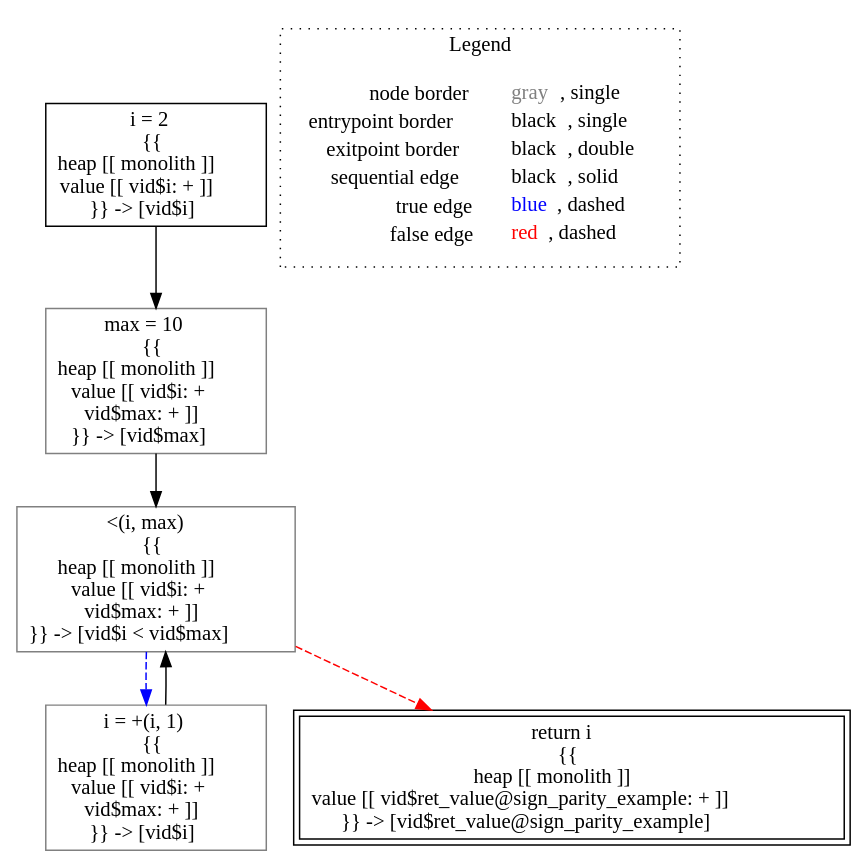
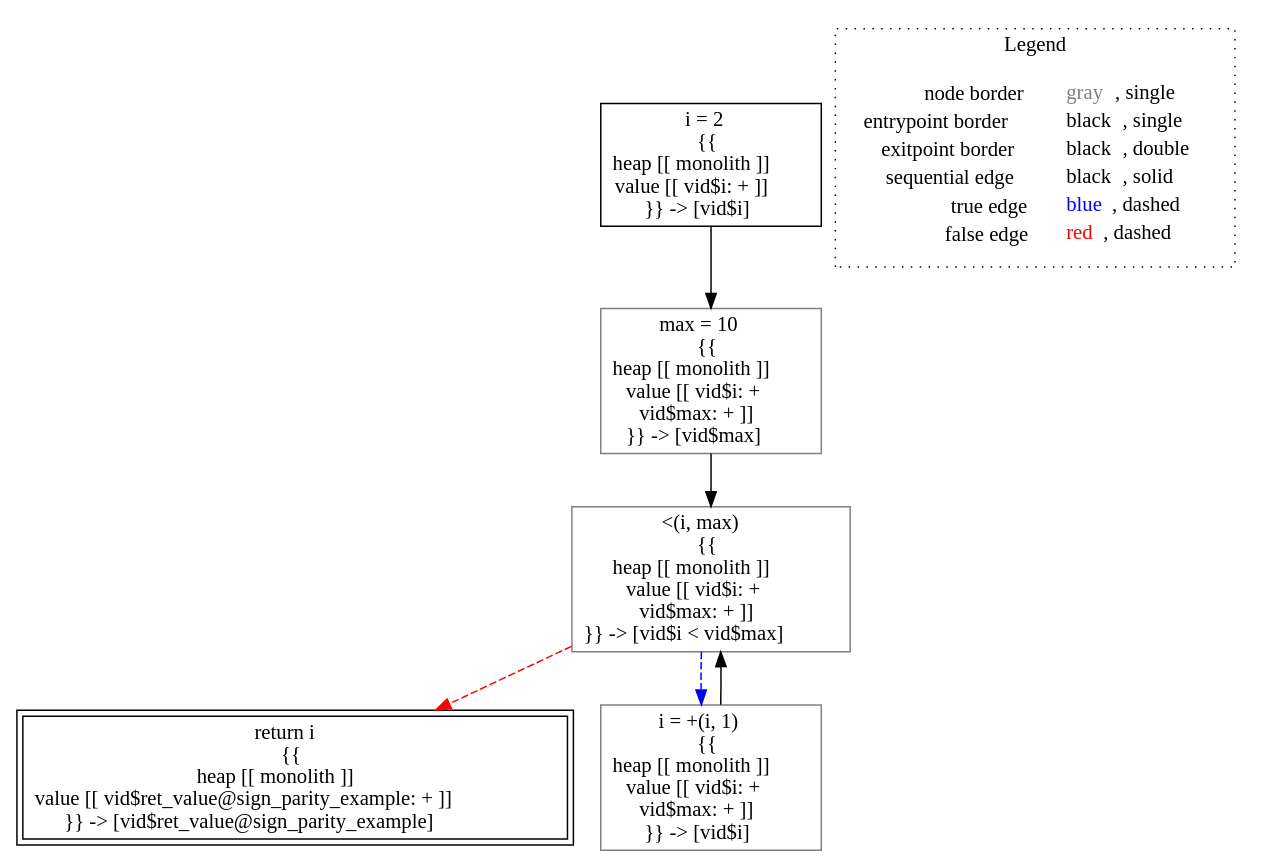
The diagram in lisa/imp-testcases/numeric/sign/analysis___untyped_tutorial.sign_parity_example().dot (lisa-analyzer/lisa), drawn with Graphviz before and after one commit. The commit also changed 30 other files, not shown here.

```diff
--- a/lisa/imp-testcases/numeric/sign/analysis___untyped_tutorial.sign_parity_example().dot
+++ b/lisa/imp-testcases/numeric/sign/analysis___untyped_tutorial.sign_parity_example().dot
@@ -1,19 +1,19 @@
 digraph {
 	"node0" [shape="rect",color="black",label=<i = 2<BR/>{{<BR/>heap [[ monolith ]]<BR/>value [[ vid$i: + ]]<BR/>}} -&gt; [vid$i]>];
-	"node1" [shape="rect",color="gray",label=<max = 10<BR/>{{<BR/>heap [[ monolith ]]<BR/>value [[ vid$i: +<BR/>vid$max: + ]]<BR/>}} -&gt; [vid$max]>];
-	"node2" [shape="rect",color="gray",label=<i = +(i, 1)<BR/>{{<BR/>heap [[ monolith ]]<BR/>value [[ vid$i: +<BR/>vid$max: + ]]<BR/>}} -&gt; [vid$i]>];
-	"node3" [shape="rect",color="gray",label=<&lt;(i, max)<BR/>{{<BR/>heap [[ monolith ]]<BR/>value [[ vid$i: +<BR/>vid$max: + ]]<BR/>}} -&gt; [vid$i &lt; vid$max]>];
-	"node4" [shape="rect",color="black",peripheries="2",label=<return i<BR/>{{<BR/>heap [[ monolith ]]<BR/>value [[ vid$ret_value@sign_parity_example: + ]]<BR/>}} -&gt; [vid$ret_value@sign_parity_example]>];
-	"node0" -> "node1" [color="black"];
-	"node1" -> "node3" [color="black"];
-	"node2" -> "node3" [color="black"];
-	"node3" -> "node2" [color="blue",style="dashed"];
-	"node3" -> "node4" [color="red",style="dashed"];
+	"node1" [shape="rect",color="gray",label=<&lt;(i, max)<BR/>{{<BR/>heap [[ monolith ]]<BR/>value [[ vid$i: +<BR/>vid$max: + ]]<BR/>}} -&gt; [vid$i &lt; vid$max]>];
+	"node2" [shape="rect",color="black",peripheries="2",label=<return i<BR/>{{<BR/>heap [[ monolith ]]<BR/>value [[ vid$ret_value@sign_parity_example: + ]]<BR/>}} -&gt; [vid$ret_value@sign_parity_example]>];
+	"node3" [shape="rect",color="gray",label=<max = 10<BR/>{{<BR/>heap [[ monolith ]]<BR/>value [[ vid$i: +<BR/>vid$max: + ]]<BR/>}} -&gt; [vid$max]>];
+	"node4" [shape="rect",color="gray",label=<i = +(i, 1)<BR/>{{<BR/>heap [[ monolith ]]<BR/>value [[ vid$i: +<BR/>vid$max: + ]]<BR/>}} -&gt; [vid$i]>];
+	"node1" -> "node2" [color="red",style="dashed"];
+	"node1" -> "node4" [color="blue",style="dashed"];
+	"node0" -> "node3" [color="black"];
+	"node3" -> "node1" [color="black"];
+	"node4" -> "node1" [color="black"];
 subgraph cluster_legend {
 	label="Legend";
 	style=dotted;
 	node [shape=plaintext];
 	"legend" [label=<<table border="0" cellpadding="2" cellspacing="0" cellborder="0"><tr><td align="right">node border&nbsp;</td><td align="left"><font color="gray">gray</font>, single</td></tr><tr><td align="right">entrypoint border&nbsp;</td><td align="left"><font color="black">black</font>, single</td></tr><tr><td align="right">exitpoint border&nbsp;</td><td align="left"><font color="black">black</font>, double</td></tr><tr><td align="right">sequential edge&nbsp;</td><td align="left"><font color="black">black</font>, solid</td></tr><tr><td align="right">true edge&nbsp;</td><td align="left"><font color="blue">blue</font>, dashed</td></tr><tr><td align="right">false edge&nbsp;</td><td align="left"><font color="red">red</font>, dashed</td></tr></table>>];
 }
 
 }
```
